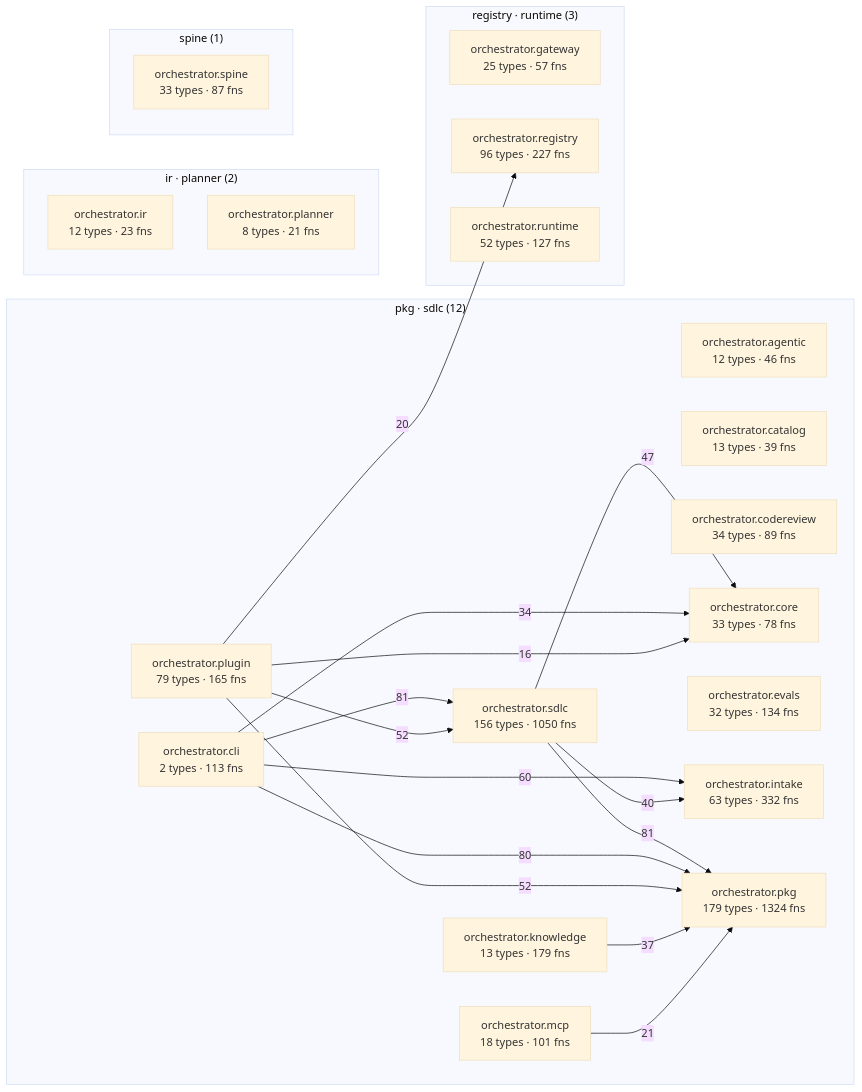
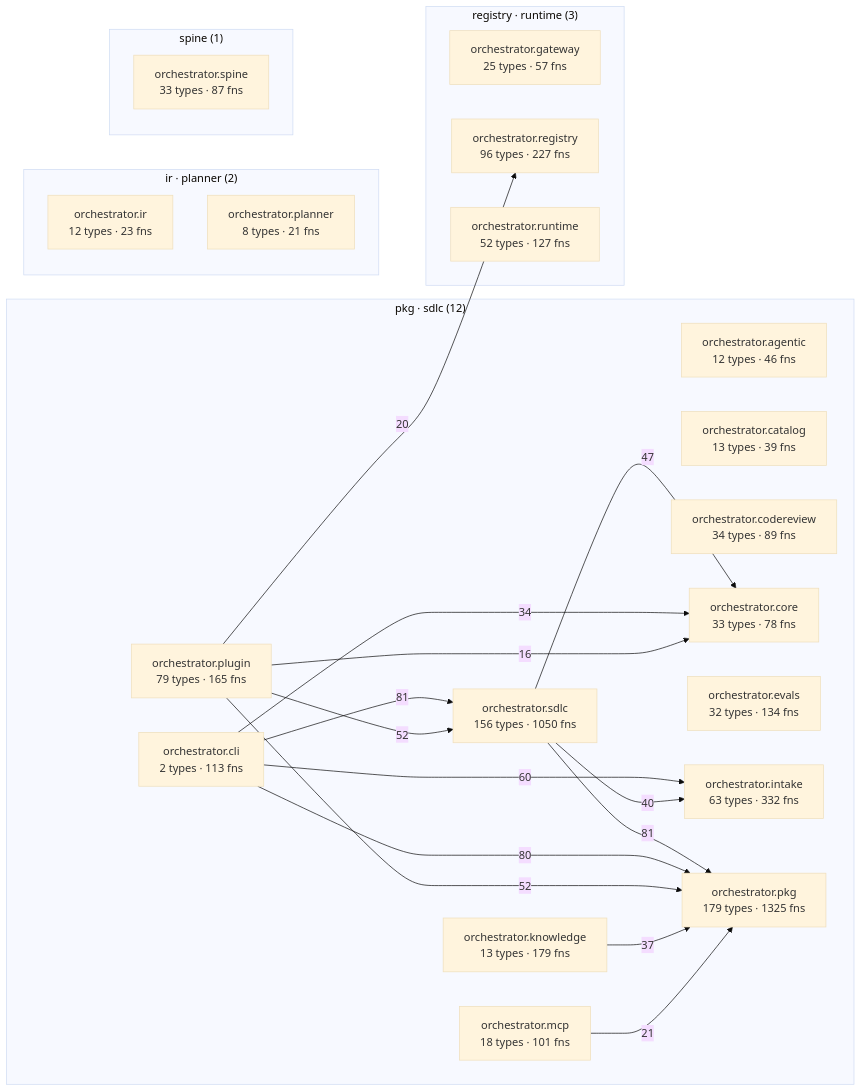
The diagram in episteme/architecture.md (synaptixs/spine), drawn with Mermaid (base theme) before and after one commit. The commit also changed other lines of this file and 19 other files, not shown here.

````diff
--- a/episteme/architecture.md
+++ b/episteme/architecture.md
@@ -56,42 +56,42 @@
 ```mermaid
 flowchart LR
   subgraph c_2["pkg · sdlc (12)"]
     aorchestratoragentic["orchestrator.agentic<br/>12 types · 46 fns"]
     aorchestratorcatalog["orchestrator.catalog<br/>13 types · 39 fns"]
     aorchestratorcli["orchestrator.cli<br/>2 types · 113 fns"]
     aorchestratorcodereview["orchestrator.codereview<br/>34 types · 89 fns"]
     aorchestratorcore["orchestrator.core<br/>33 types · 78 fns"]
     aorchestratorevals["orchestrator.evals<br/>32 types · 134 fns"]
     aorchestratorintake["orchestrator.intake<br/>63 types · 332 fns"]
     aorchestratorknowledge["orchestrator.knowledge<br/>13 types · 179 fns"]
     aorchestratormcp["orchestrator.mcp<br/>18 types · 101 fns"]
-    aorchestratorpkg["orchestrator.pkg<br/>179 types · 1324 fns"]
+    aorchestratorpkg["orchestrator.pkg<br/>179 types · 1325 fns"]
     aorchestratorplugin["orchestrator.plugin<br/>79 types · 165 fns"]
     aorchestratorsdlc["orchestrator.sdlc<br/>156 types · 1050 fns"]
   end
   subgraph c_5["registry · runtime (3)"]
     aorchestratorgateway["orchestrator.gateway<br/>25 types · 57 fns"]
     aorchestratorregistry["orchestrator.registry<br/>96 types · 227 fns"]
     aorchestratorruntime["orchestrator.runtime<br/>52 types · 127 fns"]
   end
   subgraph c_7["ir · planner (2)"]
     aorchestratorir["orchestrator.ir<br/>12 types · 23 fns"]
     aorchestratorplanner["orchestrator.planner<br/>8 types · 21 fns"]
   end
   subgraph c_12["spine (1)"]
     aorchestratorspine["orchestrator.spine<br/>33 types · 87 fns"]
   end
   aorchestratorcli -->|81| aorchestratorsdlc
   aorchestratorsdlc -->|81| aorchestratorpkg
   aorchestratorcli -->|80| aorchestratorpkg
   aorchestratorcli -->|60| aorchestratorintake
   aorchestratorplugin -->|52| aorchestratorpkg
   aorchestratorplugin -->|52| aorchestratorsdlc
   aorchestratorsdlc -->|47| aorchestratorcore
   aorchestratorsdlc -->|40| aorchestratorintake
   aorchestratorknowledge -->|37| aorchestratorpkg
   aorchestratorcli -->|34| aorchestratorcore
   aorchestratormcp -->|21| aorchestratorpkg
   aorchestratorplugin -->|20| aorchestratorregistry
   aorchestratorplugin -->|16| aorchestratorcore
 ```
````
